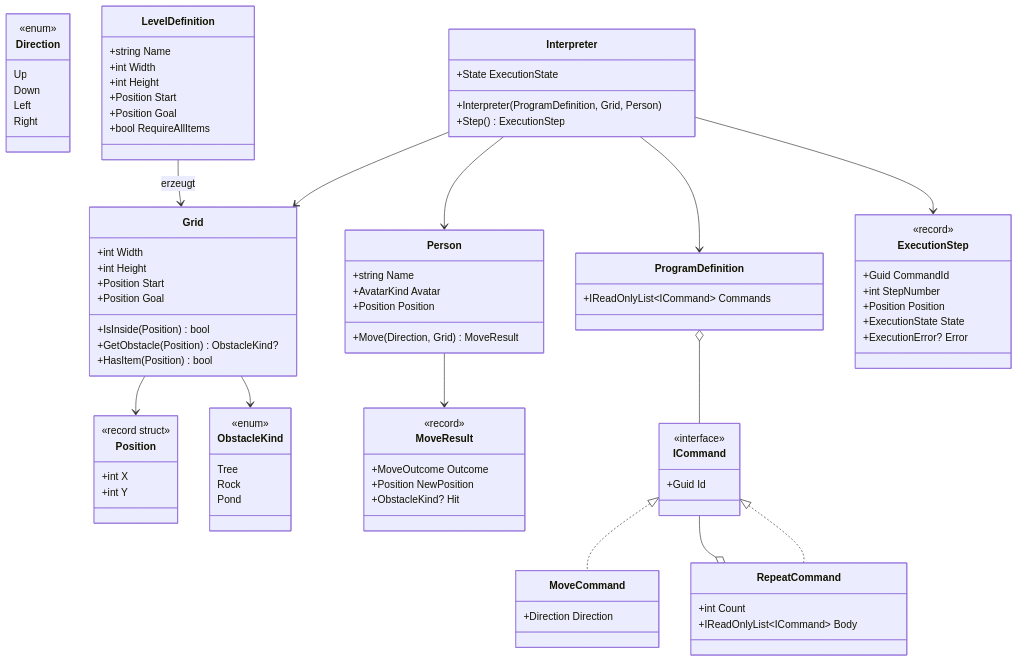
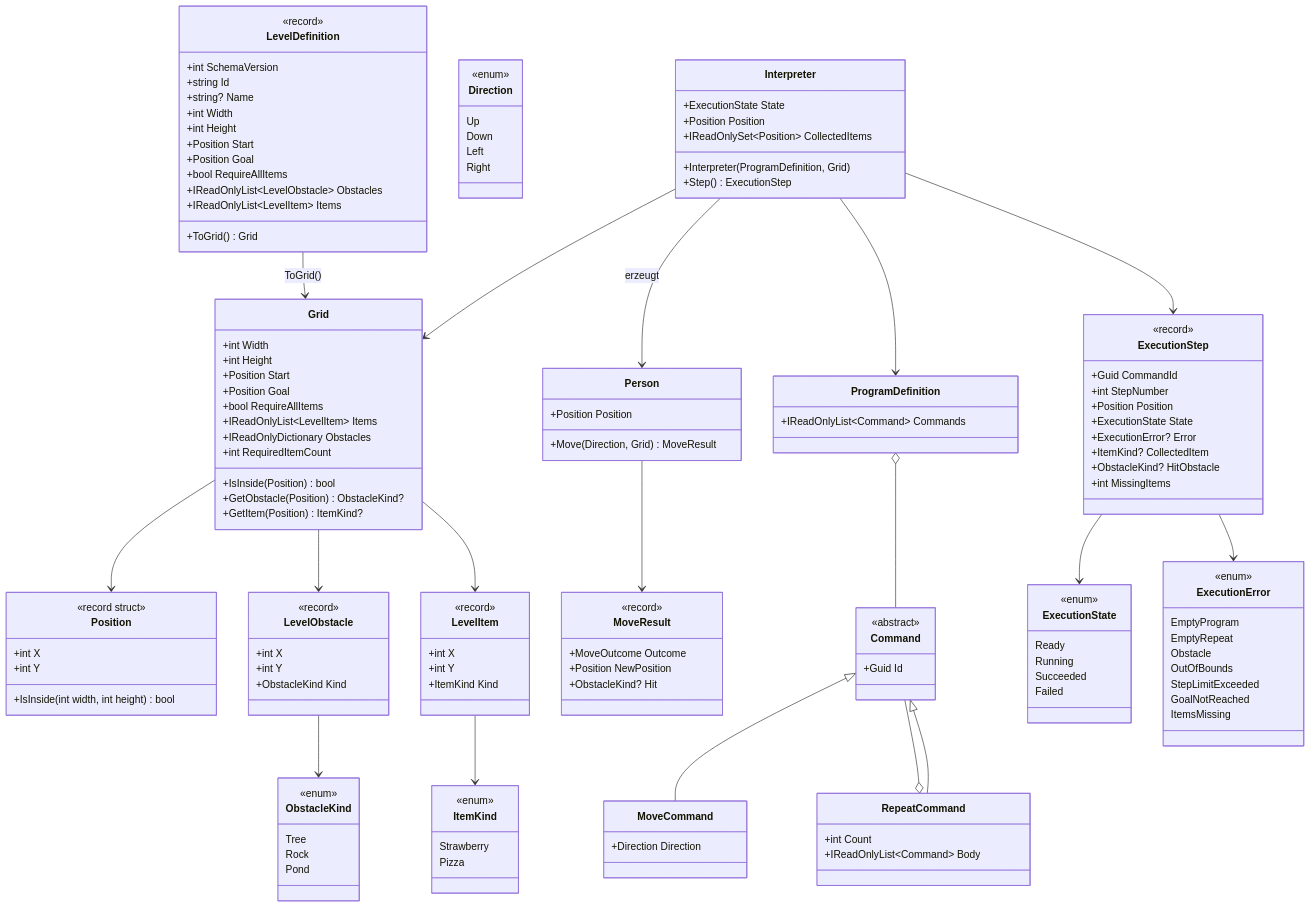
Before and after one commit to ramonafrick/HeroPath: the fourth of 6 diagrams in docs/Architektur C4.md, drawn with Mermaid. The commit also changed other lines of this file and 4 other files, not shown here.

````diff
--- a/docs/Architektur C4.md
+++ b/docs/Architektur C4.md
@@ -127,6 +131,57 @@
     <<record struct>>
     +int X
     +int Y
+    +IsInside(int width, int height) bool
+  }
+  class ObstacleKind {
+    <<enum>>
+    Tree
+    Rock
+    Pond
+  }
+  class ItemKind {
+    <<enum>>
+    Strawberry
+    Pizza
+  }
+  class LevelObstacle {
+    <<record>>
+    +int X
+    +int Y
+    +ObstacleKind Kind
+  }
+  class LevelItem {
+    <<record>>
+    +int X
+    +int Y
+    +ItemKind Kind
+  }
+  class Grid {
+    +int Width
+    +int Height
+    +Position Start
+    +Position Goal
+    +bool RequireAllItems
+    +IReadOnlyList~LevelItem~ Items
+    +IReadOnlyDictionary Obstacles
+    +int RequiredItemCount
+    +IsInside(Position) bool
+    +GetObstacle(Position) ObstacleKind?
+    +GetItem(Position) ItemKind?
+  }
+  class LevelDefinition {
+    <<record>>
+    +int SchemaVersion
+    +string Id
+    +string? Name
+    +int Width
+    +int Height
+    +Position Start
+    +Position Goal
+    +bool RequireAllItems
+    +IReadOnlyList~LevelObstacle~ Obstacles
+    +IReadOnlyList~LevelItem~ Items
+    +ToGrid() Grid
   }
   class Direction {
     <<enum>>
@@ -135,24 +190,7 @@
     Left
     Right
   }
-  class ObstacleKind {
-    <<enum>>
-    Tree
-    Rock
-    Pond
-  }
-  class Grid {
-    +int Width
-    +int Height
-    +Position Start
-    +Position Goal
-    +IsInside(Position) bool
-    +GetObstacle(Position) ObstacleKind?
-    +HasItem(Position) bool
-  }
   class Person {
-    +string Name
-    +AvatarKind Avatar
     +Position Position
     +Move(Direction, Grid) MoveResult
   }
@@ -162,8 +200,8 @@
     +Position NewPosition
     +ObstacleKind? Hit
   }
-  class ICommand {
-    <<interface>>
+  class Command {
+    <<abstract>>
     +Guid Id
   }
   class MoveCommand {
@@ -171,15 +209,17 @@
   }
   class RepeatCommand {
     +int Count
-    +IReadOnlyList~ICommand~ Body
+    +IReadOnlyList~Command~ Body
   }
   class ProgramDefinition {
-    +IReadOnlyList~ICommand~ Commands
+    +IReadOnlyList~Command~ Commands
   }
   class Interpreter {
-    +Interpreter(ProgramDefinition, Grid, Person)
+    +Interpreter(ProgramDefinition, Grid)
+    +ExecutionState State
+    +Position Position
+    +IReadOnlySet~Position~ CollectedItems
     +Step() ExecutionStep
-    +State ExecutionState
   }
   class ExecutionStep {
     <<record>>
@@ -188,25 +228,42 @@
     +Position Position
     +ExecutionState State
     +ExecutionError? Error
+    +ItemKind? CollectedItem
+    +ObstacleKind? HitObstacle
+    +int MissingItems
   }
-  class LevelDefinition {
-    +string Name
-    +int Width
-    +int Height
-    +Position Start
-    +Position Goal
-    +bool RequireAllItems
+  class ExecutionState {
+    <<enum>>
+    Ready
+    Running
+    Succeeded
+    Failed
   }
-  ICommand <|.. MoveCommand
-  ICommand <|.. RepeatCommand
-  RepeatCommand o-- ICommand
-  ProgramDefinition o-- ICommand
+  class ExecutionError {
+    <<enum>>
+    EmptyProgram
+    EmptyRepeat
+    Obstacle
+    OutOfBounds
+    StepLimitExceeded
+    GoalNotReached
+    ItemsMissing
+  }
+  Command <|-- MoveCommand
+  Command <|-- RepeatCommand
+  RepeatCommand o-- Command
+  ProgramDefinition o-- Command
   Interpreter --> ProgramDefinition
   Interpreter --> Grid
-  Interpreter --> Person
+  Interpreter --> Person : erzeugt
   Interpreter --> ExecutionStep
+  ExecutionStep --> ExecutionState
+  ExecutionStep --> ExecutionError
   Person --> MoveResult
   Grid --> Position
-  Grid --> ObstacleKind
-  LevelDefinition --> Grid : erzeugt
+  Grid --> LevelObstacle
+  Grid --> LevelItem
+  LevelObstacle --> ObstacleKind
+  LevelItem --> ItemKind
+  LevelDefinition --> Grid : ToGrid()
 ```
````
